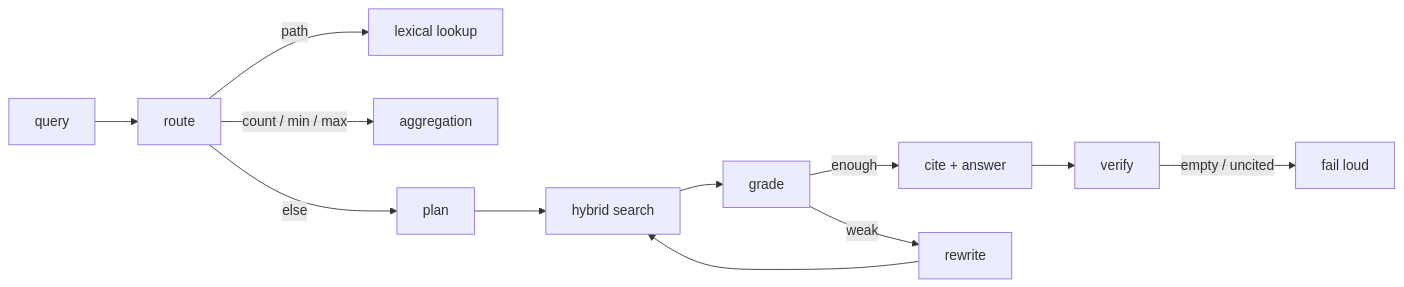
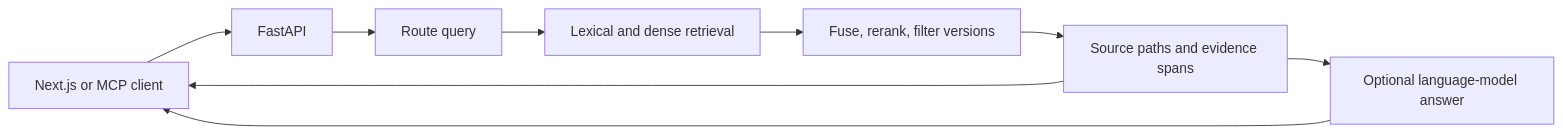
The diagram in README.md (joses2017smjh/MetaNavT), drawn with Mermaid before and after one commit. The commit also changed other lines of this file and 1 other file, not shown here.

Commit message:
docs: make project overview and evidence easier to scan

````diff
--- a/README.md
+++ b/README.md
@@ -367,14 +39,11 @@
 ```mermaid
 flowchart LR
-  Q[query] --> R[route]
-  R -->|path| L[lexical lookup]
-  R -->|count / min / max| A[aggregation]
-  R -->|else| P[plan]
-  P --> S[hybrid search]
-  S --> G[grade]
-  G -->|enough| C[cite + answer]
-  G -->|weak| W[rewrite]
-  W --> S
-  C --> V[verify]
-  V -->|empty / uncited| X[fail loud]
+  UI[Next.js or MCP client] --> API[FastAPI]
+  API --> R[Route query]
+  R --> S[Lexical and dense retrieval]
+  S --> F[Fuse, rerank, filter versions]
+  F --> C[Source paths and evidence spans]
+  C --> UI
+  C --> L[Optional language-model answer]
+  L --> UI
 ```
````
